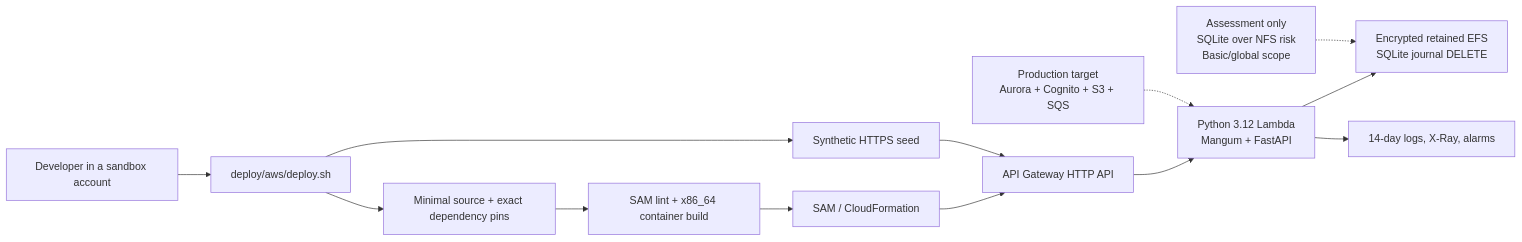
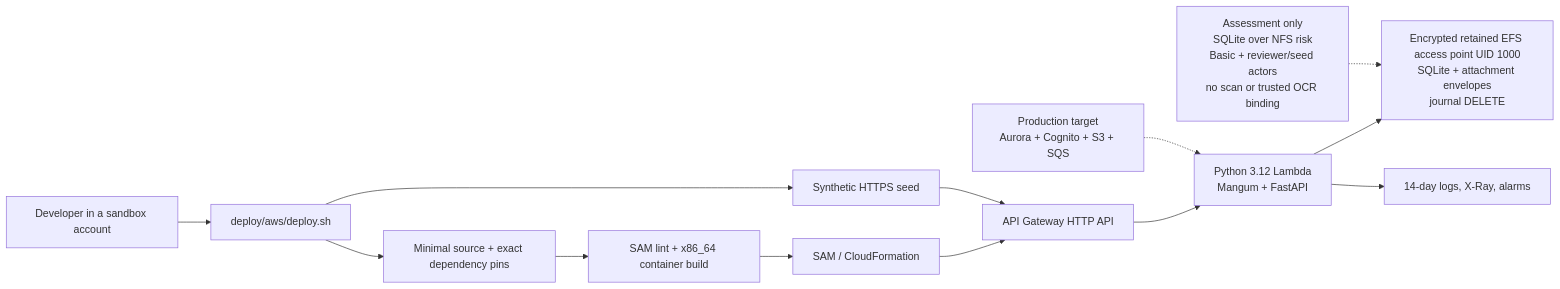
The eighth of 8 diagrams in docs/diagrams.md (Dev-Luigy/automation_luigygabriel), drawn with Mermaid before and after one commit. The commit also changed other lines of this file and 10 other files, not shown here.

Commit message:
docs: align architecture and traceability model

````diff
--- a/docs/diagrams.md
+++ b/docs/diagrams.md
@@ -318,16 +491,16 @@
 ```mermaid
 flowchart LR
     developer["Developer in a sandbox account"] --> deploy["deploy/aws/deploy.sh"]
     deploy --> prepare["Minimal source + exact dependency pins"]
     prepare --> validate["SAM lint + x86_64 container build"]
     validate --> cloudformation["SAM / CloudFormation"]
     cloudformation --> gateway["API Gateway HTTP API"]
     gateway --> lambda["Python 3.12 Lambda\nMangum + FastAPI"]
-    lambda --> efs["Encrypted retained EFS\nSQLite journal DELETE"]
+    lambda --> efs["Encrypted retained EFS access point UID 1000\nSQLite + attachment envelopes\njournal DELETE"]
     lambda --> telemetry["14-day logs, X-Ray, alarms"]
     deploy --> seed["Synthetic HTTPS seed"]
     seed --> gateway
 
-    risk["Assessment only\nSQLite over NFS risk\nBasic/global scope"] -.-> efs
+    risk["Assessment only\nSQLite over NFS risk\nBasic + reviewer/seed actors\nno scan or trusted OCR binding"] -.-> efs
     target["Production target\nAurora + Cognito + S3 + SQS"] -.-> lambda
 ```
````
